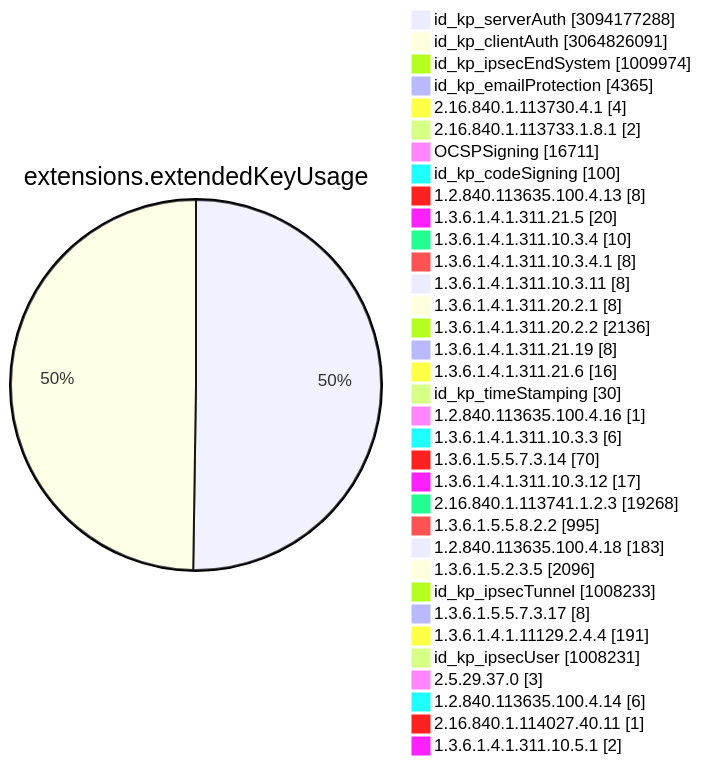
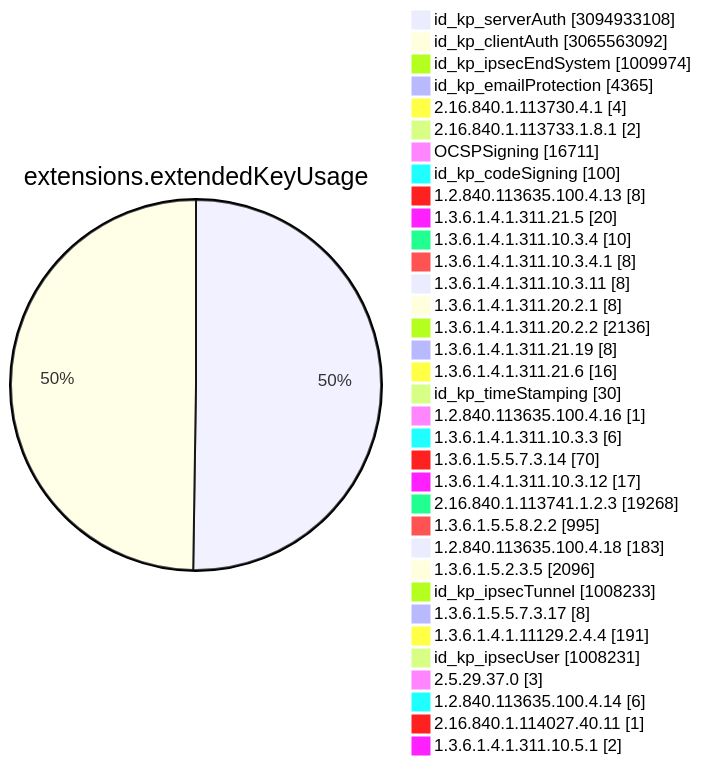
Before and after one commit to christiankrug/ctmonitor_visualization: diagram 11 of 15 in TOTAL/README.md, drawn with Mermaid. The commit also changed other lines of this file, not shown here.

````diff
--- a/TOTAL/README.md
+++ b/TOTAL/README.md
@@ -4117,38 +4117,38 @@
 ```mermaid
 pie showData
 title extensions.extendedKeyUsage
-"id_kp_serverAuth" :3094177288
-"id_kp_clientAuth" :3064826091
+"id_kp_serverAuth" :3094933108
+"id_kp_clientAuth" :3065563092
 "id_kp_ipsecEndSystem" :1009974
 "id_kp_emailProtection" :4365
 "2.16.840.1.113730.4.1" :4
 "2.16.840.1.113733.1.8.1" :2
 "OCSPSigning" :16711
 "id_kp_codeSigning" :100
 "1.2.840.113635.100.4.13" :8
 "1.3.6.1.4.1.311.21.5" :20
 "1.3.6.1.4.1.311.10.3.4" :10
 "1.3.6.1.4.1.311.10.3.4.1" :8
 "1.3.6.1.4.1.311.10.3.11" :8
 "1.3.6.1.4.1.311.20.2.1" :8
 "1.3.6.1.4.1.311.20.2.2" :2136
 "1.3.6.1.4.1.311.21.19" :8
 "1.3.6.1.4.1.311.21.6" :16
 "id_kp_timeStamping" :30
 "1.2.840.113635.100.4.16" :1
 "1.3.6.1.4.1.311.10.3.3" :6
 "1.3.6.1.5.5.7.3.14" :70
 "1.3.6.1.4.1.311.10.3.12" :17
 "2.16.840.1.113741.1.2.3" :19268
 "1.3.6.1.5.5.8.2.2" :995
 "1.2.840.113635.100.4.18" :183
 "1.3.6.1.5.2.3.5" :2096
 "id_kp_ipsecTunnel" :1008233
 "1.3.6.1.5.5.7.3.17" :8
 "1.3.6.1.4.1.11129.2.4.4" :191
 "id_kp_ipsecUser" :1008231
 "2.5.29.37.0" :3
 "1.2.840.113635.100.4.14" :6
 "2.16.840.1.114027.40.11" :1
 "1.3.6.1.4.1.311.10.5.1" :2
 ```
````
